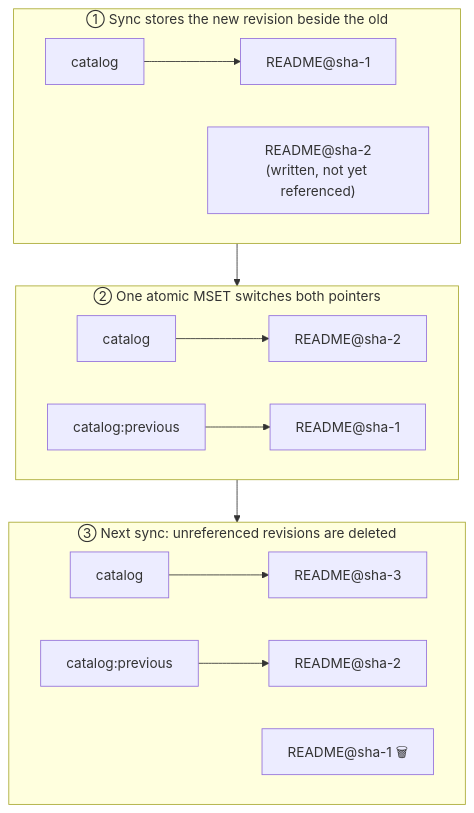
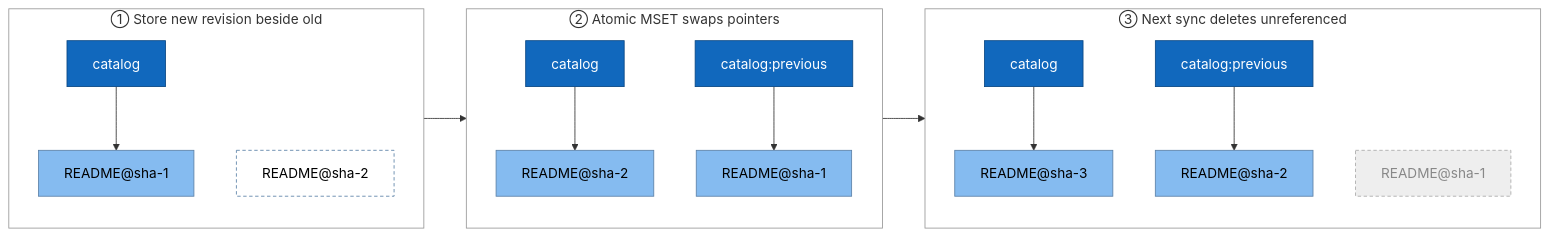
The sixth of 7 diagrams in README.md (Uzu-mak/digital-twin), drawn with Mermaid before and after one commit. The commit also changed other lines of this file, not shown here.

First line of the commit message:
Redraw README diagrams with C4 and UML conventions

````diff
--- a/README.md
+++ b/README.md
@@ -242,20 +335,32 @@
 ```mermaid
-flowchart TB
-    subgraph S1["① Sync stores the new revision beside the old"]
-        direction LR
-        C1["catalog"] --> R1["README@sha-1"]
-        N1["README@sha-2<br/>(written, not yet referenced)"]
+flowchart LR
+    subgraph S1["① Store new revision beside old"]
+        direction TB
+        c1["catalog"] --> r11["README@sha-1"]
+        n12["README@sha-2"]
     end
-    subgraph S2["② One atomic MSET switches both pointers"]
-        direction LR
-        C2["catalog"] --> R2b["README@sha-2"]
-        P2["catalog:previous"] --> R2a["README@sha-1"]
+    subgraph S2["② Atomic MSET swaps pointers"]
+        direction TB
+        c2["catalog"] --> r22["README@sha-2"]
+        p2["catalog:previous"] --> r21["README@sha-1"]
     end
-    subgraph S3["③ Next sync: unreferenced revisions are deleted"]
-        direction LR
-        C3["catalog"] --> R3["README@sha-3"]
-        P3["catalog:previous"] --> R3b["README@sha-2"]
-        X3["README@sha-1 🗑"]
+    subgraph S3["③ Next sync deletes unreferenced"]
+        direction TB
+        c3["catalog"] --> r33["README@sha-3"]
+        p3["catalog:previous"] --> r32["README@sha-2"]
+        x31["README@sha-1"]
     end
     S1 --> S2 --> S3
+
+    classDef key fill:#1168bd,stroke:#0b4884,color:#ffffff
+    classDef doc fill:#85bbf0,stroke:#5d82a8,color:#000000
+    classDef pending fill:#ffffff,stroke:#5d82a8,stroke-dasharray:4 3,color:#000000
+    classDef gone fill:#eeeeee,stroke:#aaaaaa,stroke-dasharray:4 3,color:#888888
+    class c1,c2,c3,p2,p3 key
+    class r11,r22,r21,r33,r32 doc
+    class n12 pending
+    class x31 gone
+    style S1 fill:none,stroke:#999999
+    style S2 fill:none,stroke:#999999
+    style S3 fill:none,stroke:#999999
 ```
````
